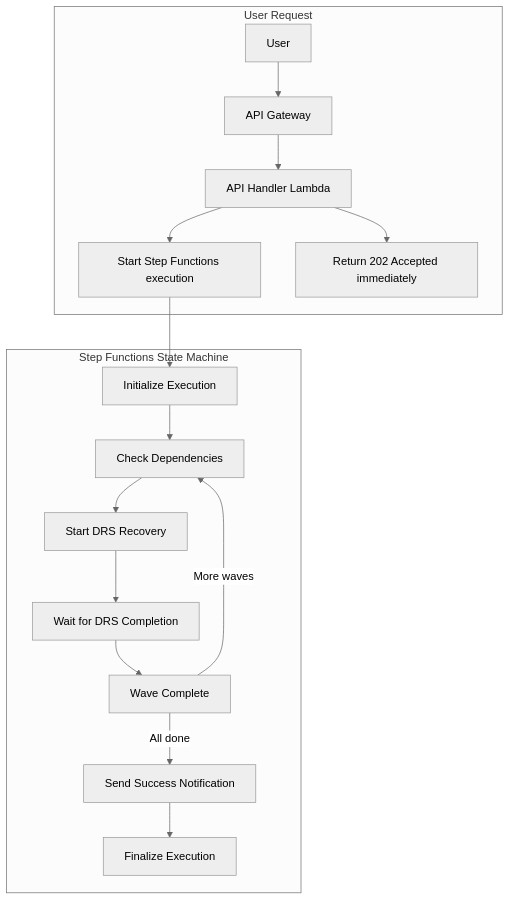
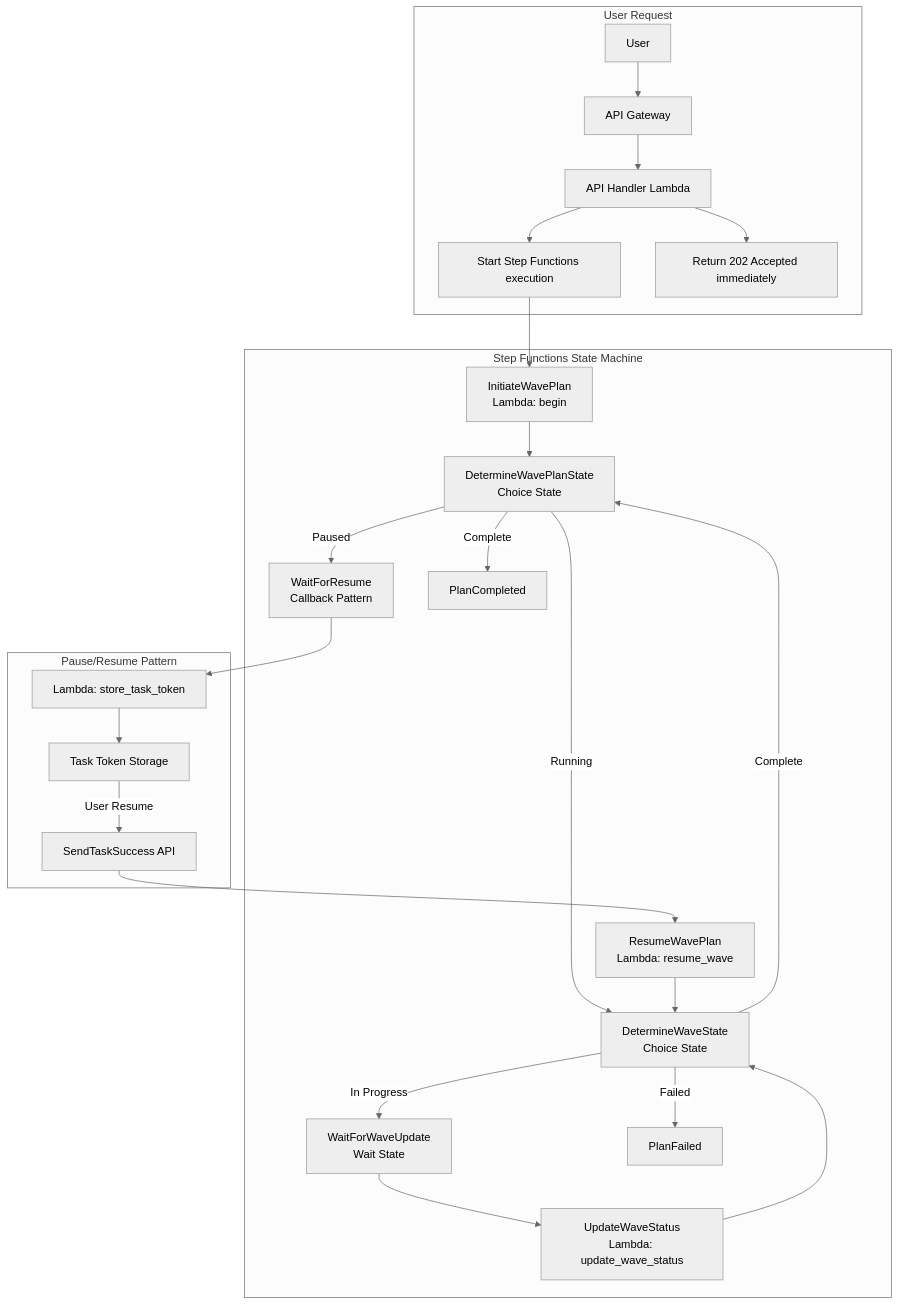
The second of 3 diagrams in docs/architecture/STEP_FUNCTIONS_ANALYSIS.md (johnjcousens/aws-elasticdrs-orchestrator), drawn with Mermaid (neutral theme) before and after one commit. The commit also changed other lines of this file and 16 other files, not shown here.

````diff
--- a/docs/architecture/STEP_FUNCTIONS_ANALYSIS.md
+++ b/docs/architecture/STEP_FUNCTIONS_ANALYSIS.md
@@ -63,28 +76,43 @@
 ```mermaid
 flowchart TD
     subgraph UserRequest["User Request"]
         User[User] --> APIGW[API Gateway]
         APIGW --> APIHandler[API Handler Lambda]
         APIHandler --> StartSF[Start Step Functions execution]
         APIHandler --> Return[Return 202 Accepted immediately]
     end
     
     subgraph StateMachine["Step Functions State Machine"]
-        Init[Initialize Execution]
-        CheckDeps[Check Dependencies]
-        StartDRS[Start DRS Recovery]
-        WaitDRS[Wait for DRS Completion]
-        WaveComplete[Wave Complete]
-        SendNotif[Send Success Notification]
-        Finalize[Finalize Execution]
+        Init[InitiateWavePlan<br/>Lambda: begin]
+        DeterminePlan[DetermineWavePlanState<br/>Choice State]
+        DetermineWave[DetermineWaveState<br/>Choice State]
+        WaitUpdate[WaitForWaveUpdate<br/>Wait State]
+        UpdateStatus[UpdateWaveStatus<br/>Lambda: update_wave_status]
+        WaitResume[WaitForResume<br/>Callback Pattern]
+        ResumePlan[ResumeWavePlan<br/>Lambda: resume_wave]
+        Success[PlanCompleted]
+        Failed[PlanFailed]
+    end
+    
+    subgraph PauseResume["Pause/Resume Pattern"]
+        StoreToken[Lambda: store_task_token]
+        TaskToken[Task Token Storage]
+        SendTaskSuccess[SendTaskSuccess API]
     end
     
     StartSF --> Init
-    Init --> CheckDeps
-    CheckDeps --> StartDRS
-    StartDRS --> WaitDRS
-    WaitDRS --> WaveComplete
-    WaveComplete -->|More waves| CheckDeps
-    WaveComplete -->|All done| SendNotif
-    SendNotif --> Finalize
+    Init --> DeterminePlan
+    DeterminePlan -->|Running| DetermineWave
+    DeterminePlan -->|Paused| WaitResume
+    DeterminePlan -->|Complete| Success
+    DetermineWave -->|In Progress| WaitUpdate
+    DetermineWave -->|Complete| DeterminePlan
+    DetermineWave -->|Failed| Failed
+    WaitUpdate --> UpdateStatus
+    UpdateStatus --> DetermineWave
+    WaitResume --> StoreToken
+    StoreToken --> TaskToken
+    TaskToken -->|User Resume| SendTaskSuccess
+    SendTaskSuccess --> ResumePlan
+    ResumePlan --> DetermineWave
 ```
````
